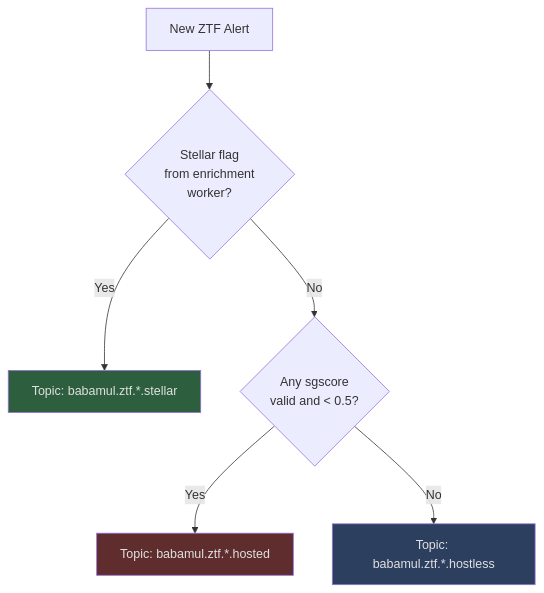
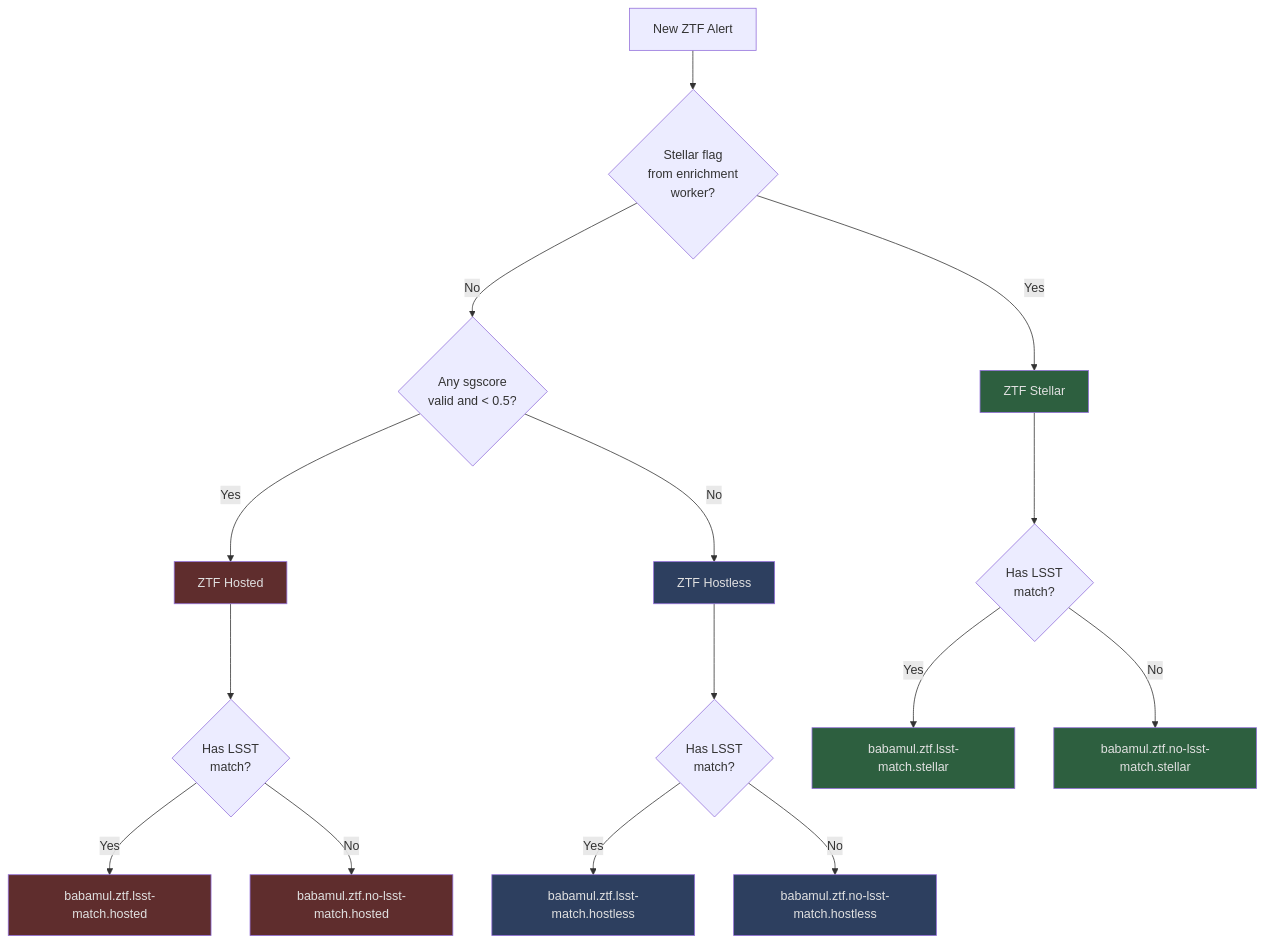
One commit to boom-astro/boom changed the third of 3 diagrams in docs/babamul.md. Above: the diagram before and after it, drawn with Mermaid. The commit also changed other lines of this file, not shown here.

Commit message:
Ensure every single topic is covered in docs diagram

````diff
--- a/docs/babamul.md
+++ b/docs/babamul.md
@@ -164,14 +180,30 @@
 ```mermaid
 flowchart TD
-    Alert[New ZTF Alert] --> CheckStellar{Stellar flag<br/>from enrichment<br/>worker?}
+    ZTF[New ZTF Alert] --> CheckStellar{Stellar flag<br/>from enrichment<br/>worker?}
 
-    CheckStellar -->|Yes| StellarTopic[Topic: babamul.ztf.*.stellar]
+    CheckStellar -->|Yes| ZTF_Stellar[ZTF Stellar]
+    CheckStellar -->|No| CheckSGScore{Any sgscore<br/>valid and < 0.5?}
+    CheckSGScore -->|Yes| ZTF_Hosted[ZTF Hosted]
+    CheckSGScore -->|No| ZTF_Hostless[ZTF Hostless]
 
-    CheckStellar -->|No| CheckSGScore{Any sgscore<br/>valid and < 0.5?}
-    CheckSGScore -->|Yes| HostedTopic[Topic: babamul.ztf.*.hosted]
-    CheckSGScore -->|No| HostlessTopic[Topic: babamul.ztf.*.hostless]
+    ZTF_Stellar --> CheckLSSTMatch_Stellar{Has LSST<br/>match?}
+    ZTF_Hosted --> CheckLSSTMatch_Hosted{Has LSST<br/>match?}
+    ZTF_Hostless --> CheckLSSTMatch_Hostless{Has LSST<br/>match?}
 
-    style StellarTopic fill:#2d5f3f,color:#e0e0e0
-    style HostedTopic fill:#5f2d2d,color:#e0e0e0
-    style HostlessTopic fill:#2d3f5f,color:#e0e0e0
+    CheckLSSTMatch_Stellar -->|Yes| Topic9[babamul.ztf.lsst-match.stellar]
+    CheckLSSTMatch_Stellar -->|No| Topic12[babamul.ztf.no-lsst-match.stellar]
+    CheckLSSTMatch_Hosted -->|Yes| Topic10[babamul.ztf.lsst-match.hosted]
+    CheckLSSTMatch_Hosted -->|No| Topic13[babamul.ztf.no-lsst-match.hosted]
+    CheckLSSTMatch_Hostless -->|Yes| Topic11[babamul.ztf.lsst-match.hostless]
+    CheckLSSTMatch_Hostless -->|No| Topic14[babamul.ztf.no-lsst-match.hostless]
+
+    style ZTF_Stellar fill:#2d5f3f,color:#e0e0e0
+    style ZTF_Hosted fill:#5f2d2d,color:#e0e0e0
+    style ZTF_Hostless fill:#2d3f5f,color:#e0e0e0
+    style Topic9 fill:#2d5f3f,color:#e0e0e0
+    style Topic10 fill:#5f2d2d,color:#e0e0e0
+    style Topic11 fill:#2d3f5f,color:#e0e0e0
+    style Topic12 fill:#2d5f3f,color:#e0e0e0
+    style Topic13 fill:#5f2d2d,color:#e0e0e0
+    style Topic14 fill:#2d3f5f,color:#e0e0e0
 ```
````
